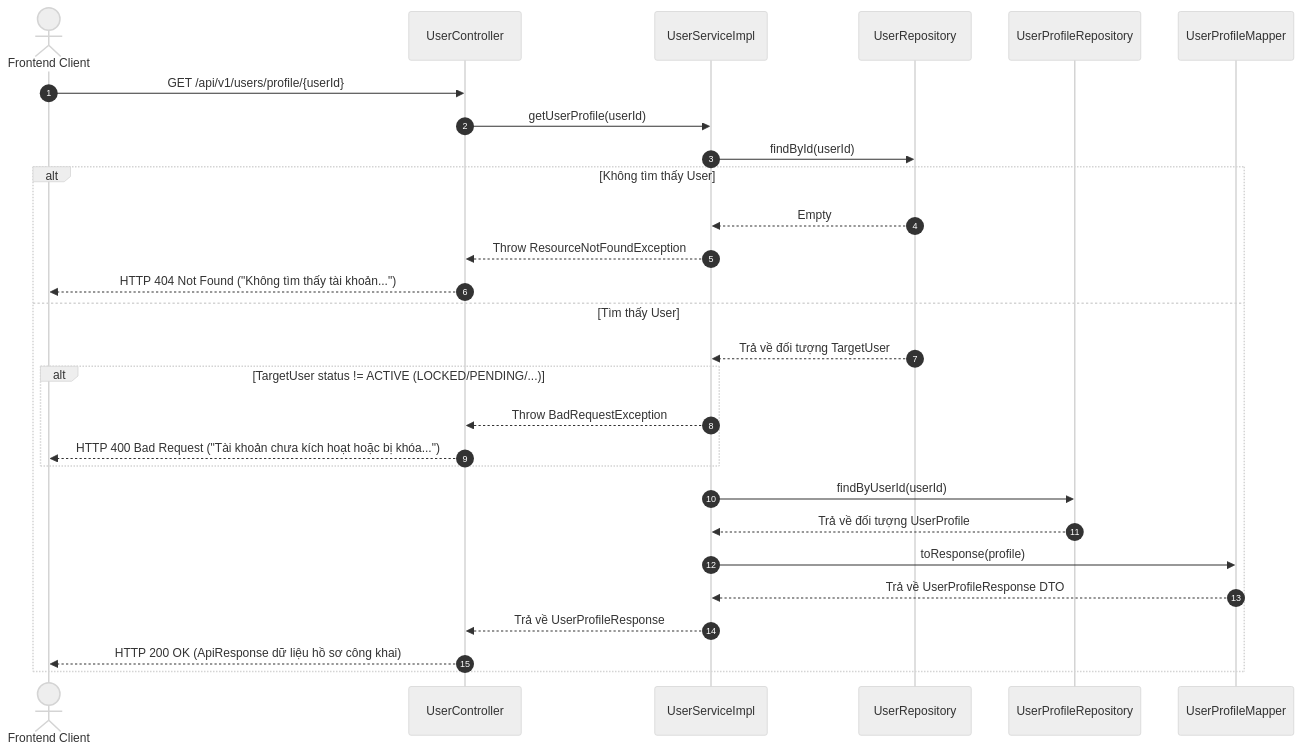
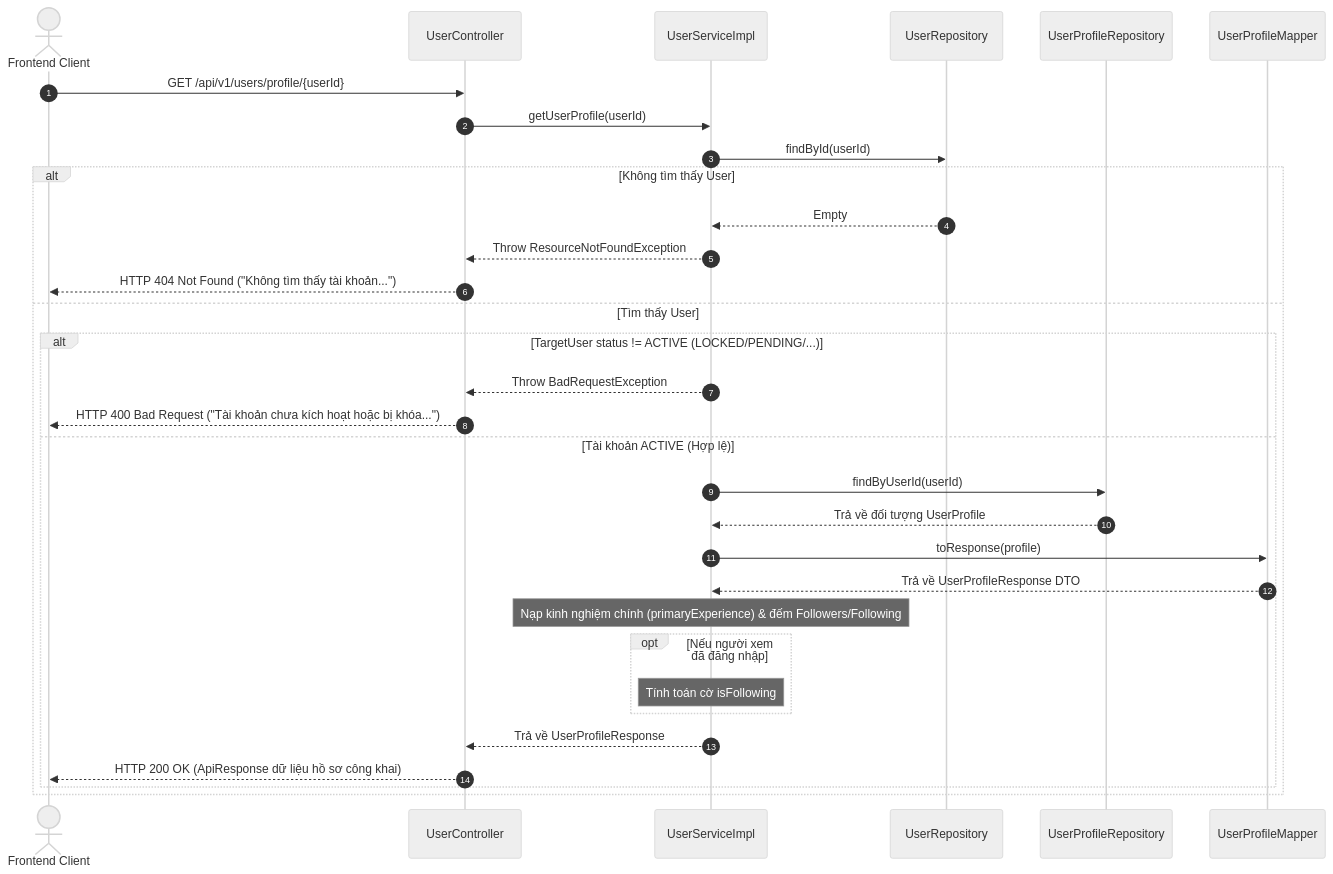
Before and after one commit to Alumnect/Alumnect: the fourth of 4 diagrams in docs/update_SRS/SRS_UC_39_ViewUserProfile.md, drawn with Mermaid (neutral theme). The commit also changed other lines of this file and 1 other file, not shown here.

Commit message:
change srs view follow list and view user profile

````diff
--- a/docs/update_SRS/SRS_UC_39_ViewUserProfile.md
+++ b/docs/update_SRS/SRS_UC_39_ViewUserProfile.md
@@ -260,34 +270,36 @@
 ```mermaid
 sequenceDiagram
     autonumber
     actor Client as Frontend Client
     participant Controller as UserController
     participant Service as UserServiceImpl
     participant Repo as UserRepository
     participant ProfRepo as UserProfileRepository
     participant Mapper as UserProfileMapper
 
     Client->>Controller: GET /api/v1/users/profile/{userId}
     Controller->>Service: getUserProfile(userId)
     Service->>Repo: findById(userId)
     
     alt Không tìm thấy User
         Repo-->>Service: Empty
         Service-->>Controller: Throw ResourceNotFoundException
         Controller-->>Client: HTTP 404 Not Found ("Không tìm thấy tài khoản...")
     else Tìm thấy User
-        Repo-->>Service: Trả về đối tượng TargetUser
-        
         alt TargetUser status != ACTIVE (LOCKED/PENDING/...)
             Service-->>Controller: Throw BadRequestException
             Controller-->>Client: HTTP 400 Bad Request ("Tài khoản chưa kích hoạt hoặc bị khóa...")
+        else Tài khoản ACTIVE (Hợp lệ)
+            Service->>ProfRepo: findByUserId(userId)
+            ProfRepo-->>Service: Trả về đối tượng UserProfile
+            Service->>Mapper: toResponse(profile)
+            Mapper-->>Service: Trả về UserProfileResponse DTO
+            Note over Service: Nạp kinh nghiệm chính (primaryExperience) & đếm Followers/Following
+            opt Nếu người xem đã đăng nhập
+                Note over Service: Tính toán cờ isFollowing
+            end
+            Service-->>Controller: Trả về UserProfileResponse
+            Controller-->>Client: HTTP 200 OK (ApiResponse dữ liệu hồ sơ công khai)
         end
-        
-        Service->>ProfRepo: findByUserId(userId)
-        ProfRepo-->>Service: Trả về đối tượng UserProfile
-        Service->>Mapper: toResponse(profile)
-        Mapper-->>Service: Trả về UserProfileResponse DTO
-        Service-->>Controller: Trả về UserProfileResponse
-        Controller-->>Client: HTTP 200 OK (ApiResponse dữ liệu hồ sơ công khai)
     end
 ```
````
